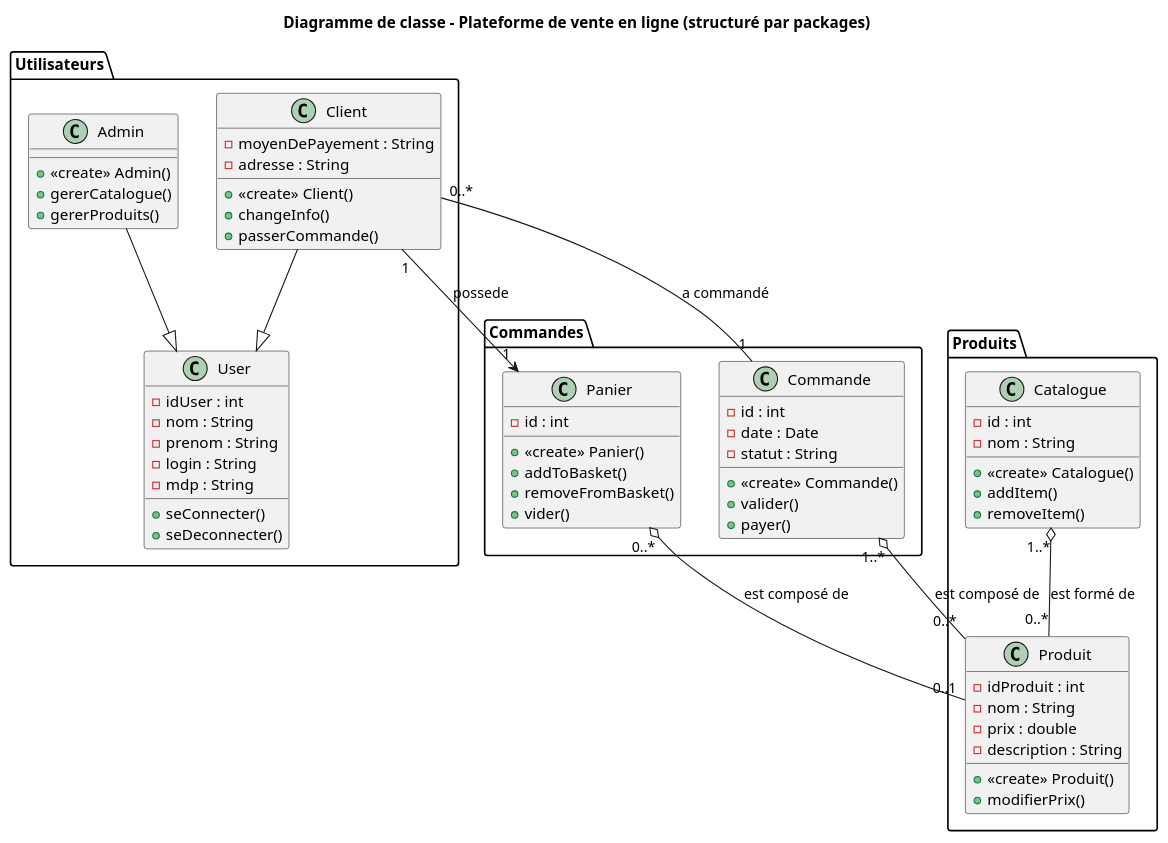
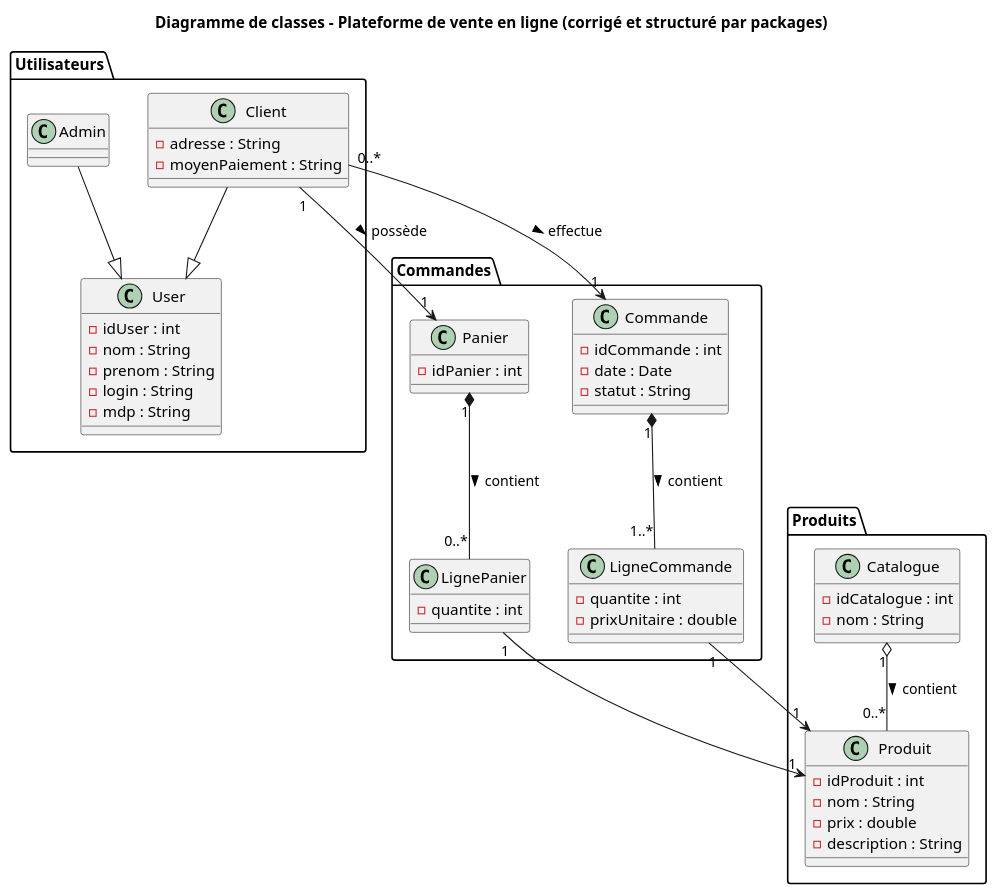
Before and after one commit to SkatDoesArt/ScentMeIFYouCan: the diagram in Analyse/DC.puml, drawn with PlantUML. The commit also changed 11 other files, not shown here.

```diff
--- a/Analyse/DC.puml
+++ b/Analyse/DC.puml
@@ -1,102 +1,76 @@
-@startuml
-title Diagramme de classe – Plateforme de vente en ligne (structuré par packages)
-
+@startuml "DC"
+title Diagramme de classes – Plateforme de vente en ligne (corrigé et structuré par packages)
 
 package Utilisateurs {
+
     class User {
         - idUser : int
         - nom : String
         - prenom : String
         - login : String
         - mdp : String
-        
-        + seConnecter()
-        + seDeconnecter()
     }
 
-
     class Client {
-        - moyenDePayement : String
         - adresse : String
-
-
-        + <<create>> Client()
-        + changeInfo()
-        + passerCommande()
+        - moyenPaiement : String
     }
 
+    class Admin {
 
-    class Admin {
-        + <<create>> Admin()
-        + gererCatalogue()
-        + gererProduits()
     }
-
 
     Client --|> User
     Admin --|> User
 }
 
+package Produits {
 
-package Produits {
     class Produit {
         - idProduit : int
         - nom : String
         - prix : double
         - description : String
-        
-        + <<create>> Produit()
-        + modifierPrix()
     }
 
-
     class Catalogue {
-        - id : int
+        - idCatalogue : int
         - nom : String
-
-
-        + <<create>> Catalogue()
-        + addItem()
-        + removeItem()
     }
 
-
-    Catalogue "1..*" o-- "0..*" Produit : est formé de
+    Catalogue "1" o-- "0..*" Produit : contient >
 }
 
+package Commandes {
 
-package Commandes {
     class Panier {
-        - id : int
-
-
-        + <<create>> Panier()
-        + addToBasket()
-        + removeFromBasket()
-        + vider()
+        - idPanier : int
     }
 
+    class LignePanier {
+        - quantite : int
+    }
 
     class Commande {
-        - id : int
+        - idCommande : int
         - date : Date
         - statut : String
-        
-        + <<create>> Commande()
-        + valider()
-        + payer()
     }
 
+    class LigneCommande {
+        - quantite : int
+        - prixUnitaire : double
+    }
 
-    Panier "0..*" o-- "0..1" Produit : est composé de
-    Commande "1..*" o-- "0..*" Produit : est composé de
+    ' --- Relations internes ---
+    Panier "1" *-- "0..*" LignePanier : contient >
+    LignePanier "1" --> "1" Produit
+
+    Commande "1" *-- "1..*" LigneCommande : contient >
+    LigneCommande "1" --> "1" Produit
 }
 
-
-Client "1" --> "1" Panier : possede
-Client "0..*" -- "1" Commande : a commandé
-
-
-
+Client "1" --> "1" Panier : possède >
+Client "0..*" --> "1" Commande : effectue >
 
 @enduml
```
